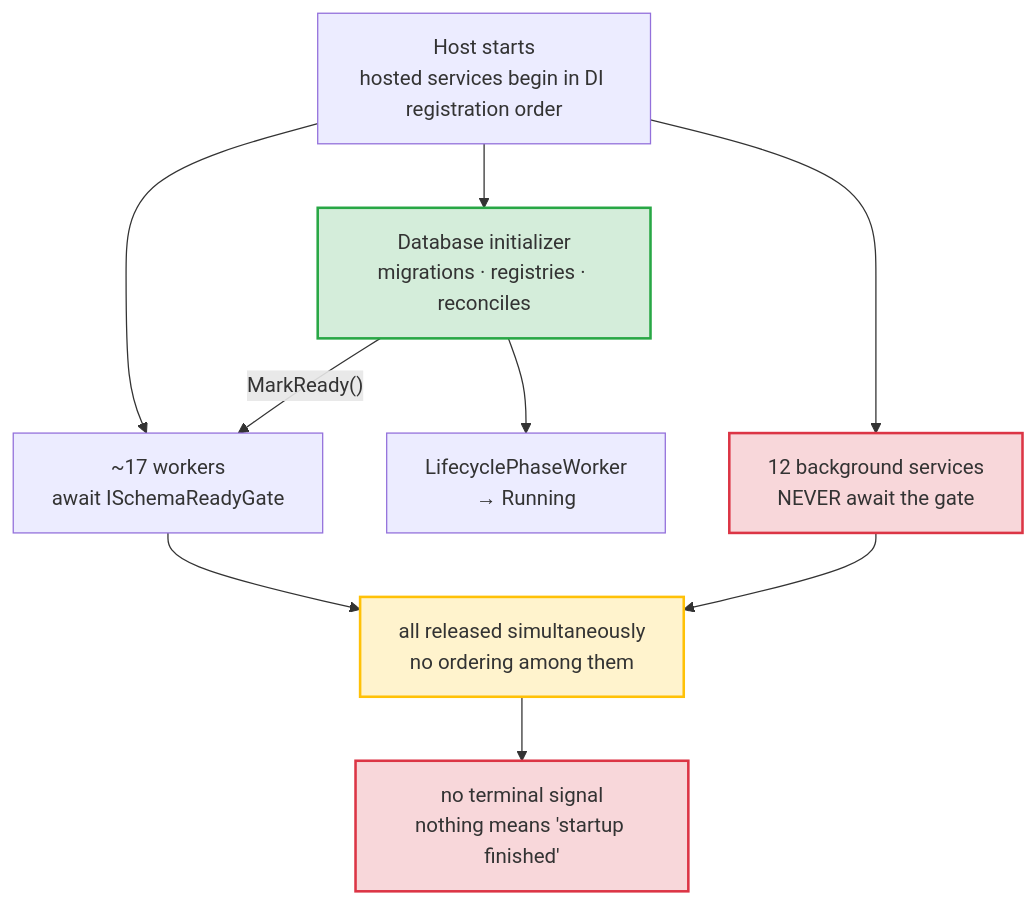
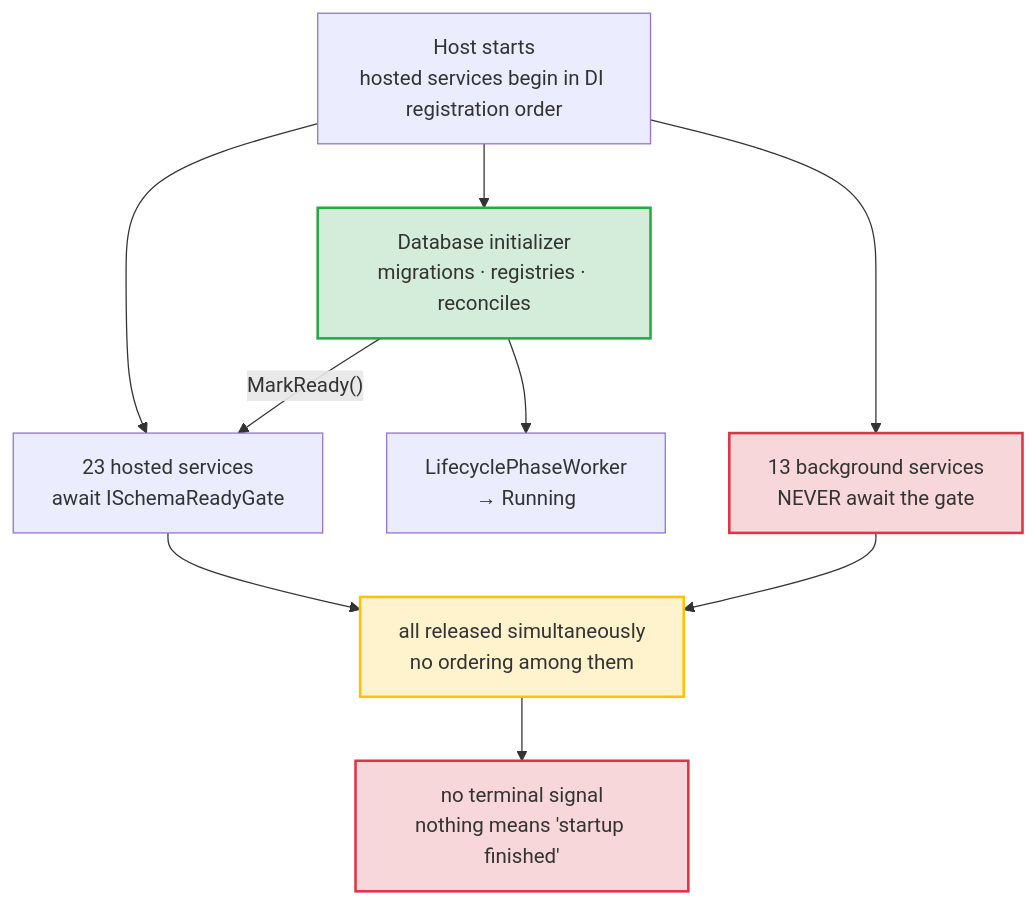
Before and after one commit to whizbang-lib/whizbang-lib.github.io: the first of 2 diagrams in src/assets/docs/proposals/startup-pipeline.md, drawn with Mermaid. The commit also changed other lines of this file, not shown here.

````diff
--- a/src/assets/docs/proposals/startup-pipeline.md
+++ b/src/assets/docs/proposals/startup-pipeline.md
@@ -35,21 +35,21 @@
 ```mermaid
 graph TB
     Host["Host starts<br/>hosted services begin in DI registration order"]
 
-    Host --> Gated["~17 workers<br/>await ISchemaReadyGate"]
+    Host --> Gated["23 hosted services<br/>await ISchemaReadyGate"]
     Host --> Init["Database initializer<br/>migrations · registries · reconciles"]
-    Host --> Bypass["12 background services<br/>NEVER await the gate"]
+    Host --> Bypass["13 background services<br/>NEVER await the gate"]
 
     Init -->|"MarkReady()"| Gated
     Init --> Phase["LifecyclePhaseWorker<br/>→ Running"]
 
     Gated --> Racing["all released simultaneously<br/>no ordering among them"]
     Bypass --> Racing
 
     Racing --> End["no terminal signal<br/>nothing means 'startup finished'"]
 
     style Bypass fill:#f8d7da,stroke:#dc3545,stroke-width:2px
     style Racing fill:#fff3cd,stroke:#ffc107,stroke-width:2px
     style End fill:#f8d7da,stroke:#dc3545,stroke-width:2px
     style Init fill:#d4edda,stroke:#28a745,stroke-width:2px
 ```
````
